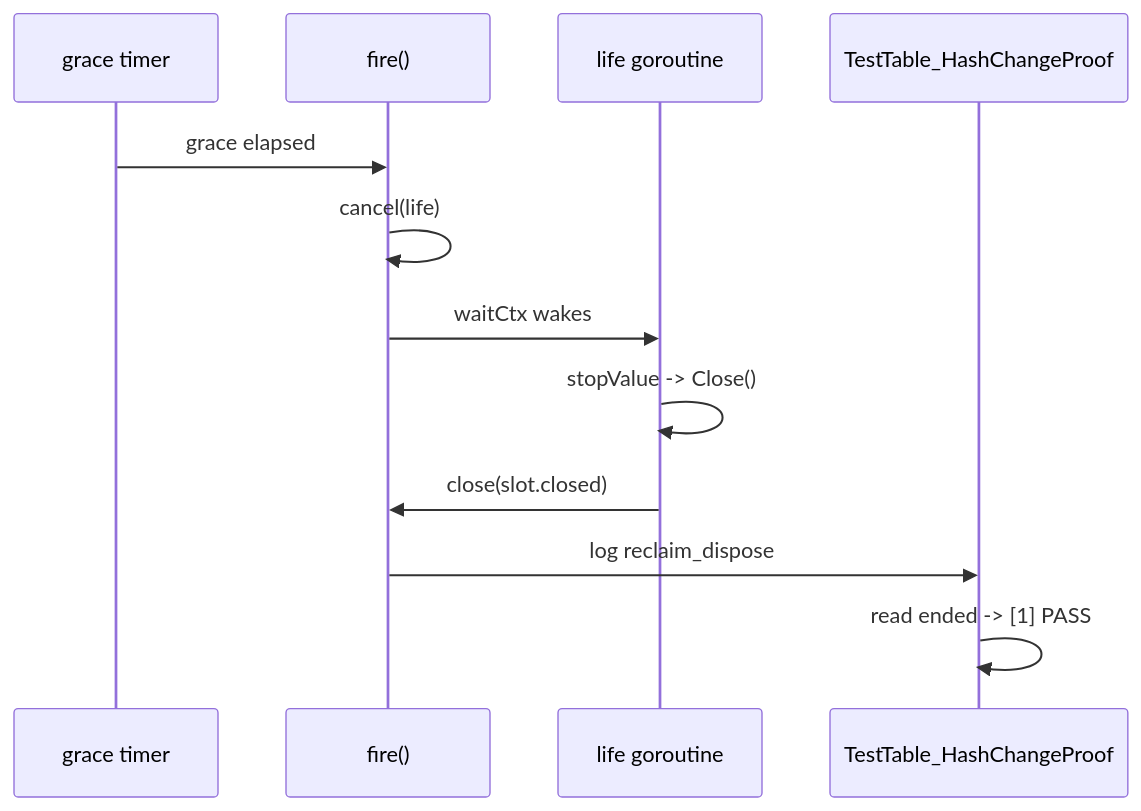
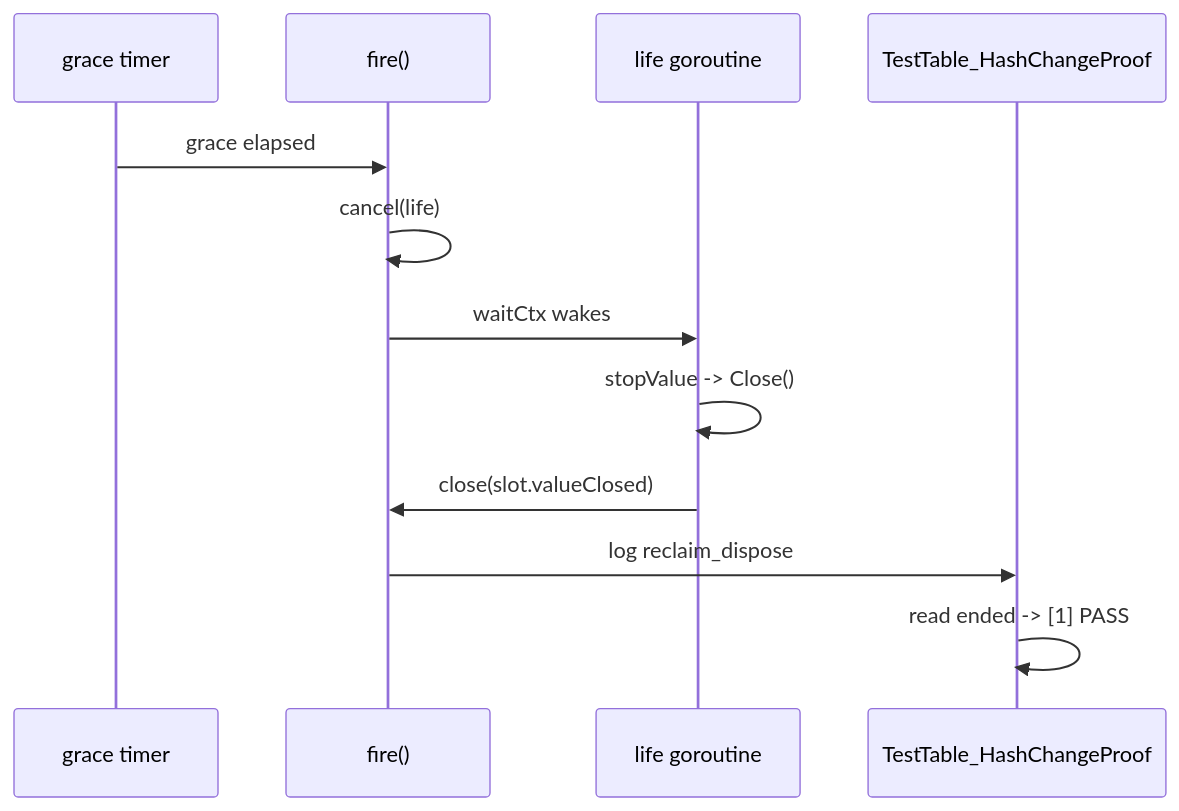
Before and after one commit to david-garcia-garcia/traefik-geoblock: the second of 2 diagrams in devstate/2026/09/2026-09-08-fix-reclaim/card.md, drawn with Mermaid. The commit also changed other lines of this file and 11 other files, not shown here.

````diff
--- a/devstate/2026/09/2026-09-08-fix-reclaim/card.md
+++ b/devstate/2026/09/2026-09-08-fix-reclaim/card.md
@@ -42,14 +42,14 @@
 ```mermaid
 sequenceDiagram
     participant T as grace timer
     participant F as fire()
     participant L as life goroutine
     participant Test as TestTable_HashChangeProof
     T->>F: grace elapsed
     F->>F: cancel(life)
     F->>L: waitCtx wakes
     L->>L: stopValue -> Close()
-    L->>F: close(slot.closed)
+    L->>F: close(slot.valueClosed)
     F->>Test: log reclaim_dispose
     Test->>Test: read ended -> [1] PASS
 ```
````
